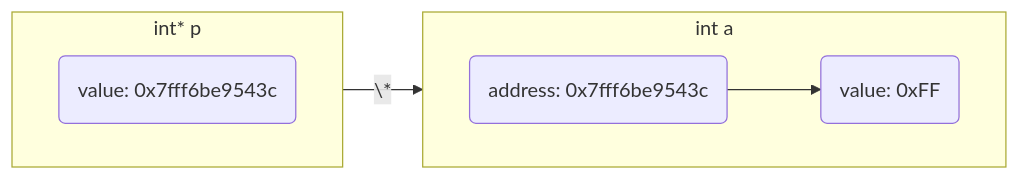
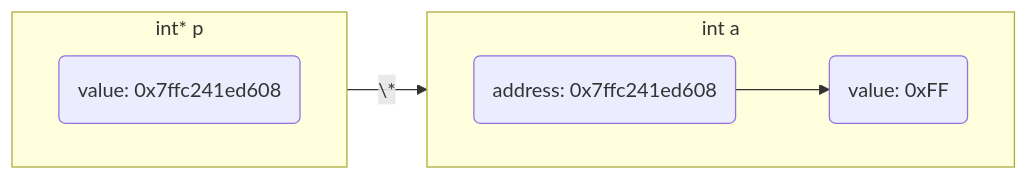
One commit to dmjcb/dmjcb.github.io changed the second of 11 diagrams in _posts/language/c_c++/pointer/2022-01-08-指针.md. Above: the diagram before and after it, drawn with Mermaid. The commit also changed other lines of this file and 53 other files, not shown here.

````diff
--- a/_posts/language/c_c++/pointer/2022-01-08-指针.md
+++ b/_posts/language/c_c++/pointer/2022-01-08-指针.md
@@ -66,14 +66,14 @@
 ```mermaid
 graph LR;
     subgraph S1[int a]
         direction LR
         V2(value: 0xFF)
-        A2(address: 0x7fff6be9543c)
+        A2(address: 0x7ffc241ed608)
         A2-->V2
     end
     subgraph S2[int* p]
         direction LR
-        V1(value: 0x7fff6be9543c)
+        V1(value: 0x7ffc241ed608)
     end
     S2--"\*"-->A2
 ```
````
